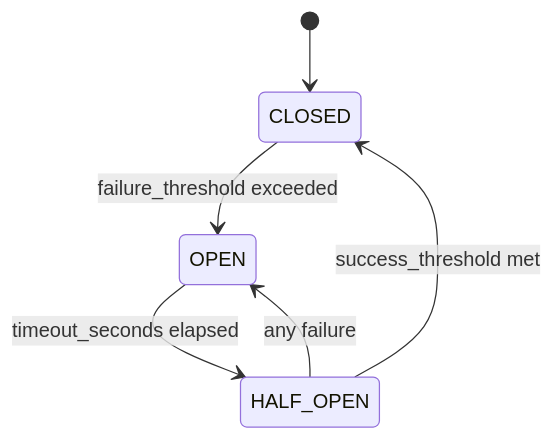
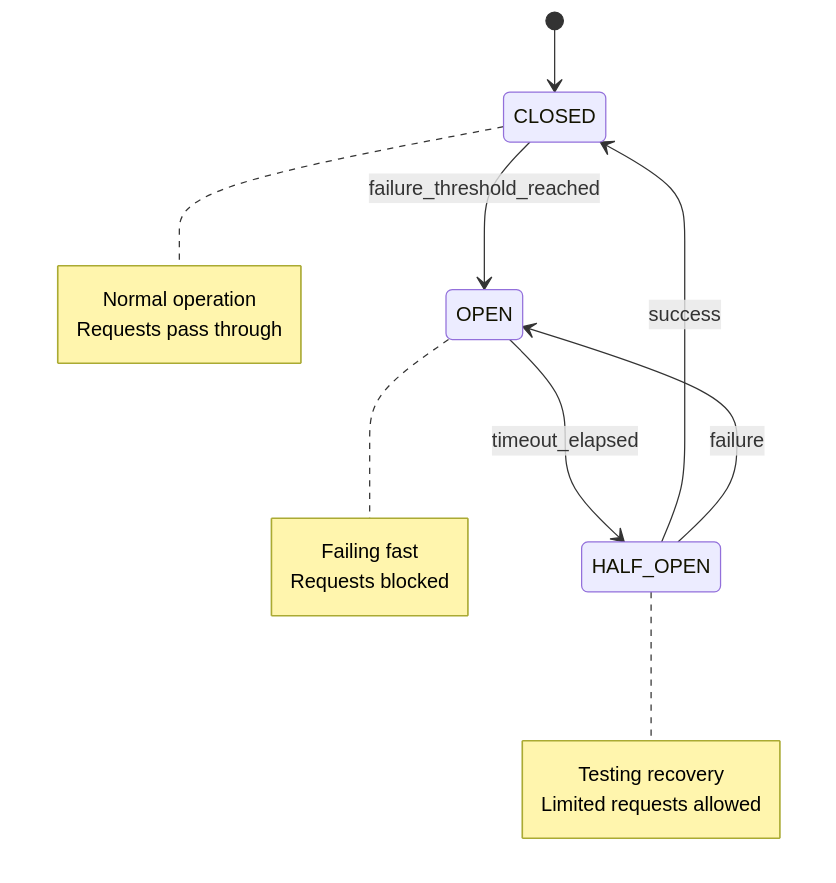
One commit to mythxn/dojo.py changed the first of 3 diagrams in circuit_breaker.md. Above: the diagram before and after it, drawn with Mermaid. The commit also changed other lines of this file and 15 other files, not shown here.

````diff
--- a/circuit_breaker.md
+++ b/circuit_breaker.md
@@ -29,8 +22,11 @@
 ```mermaid
 stateDiagram-v2
     [*] --> CLOSED
-    CLOSED --> OPEN: failure_threshold exceeded
-    OPEN --> HALF_OPEN: timeout_seconds elapsed
-    HALF_OPEN --> CLOSED: success_threshold met
-    HALF_OPEN --> OPEN: any failure
+    CLOSED --> OPEN: failure_threshold_reached
+    OPEN --> HALF_OPEN: timeout_elapsed
+    HALF_OPEN --> CLOSED: success
+    HALF_OPEN --> OPEN: failure
+    note right of CLOSED: Normal operation<br/>Requests pass through
+    note right of OPEN: Failing fast<br/>Requests blocked
+    note right of HALF_OPEN: Testing recovery<br/>Limited requests allowed
 ```
````
